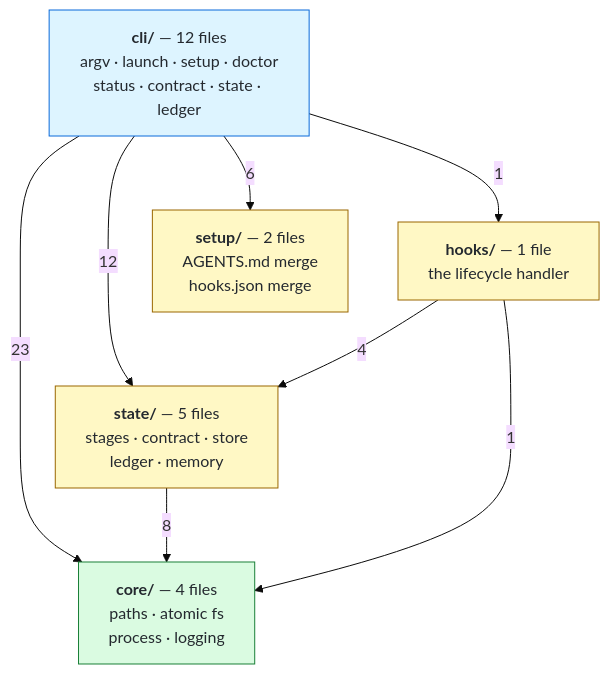
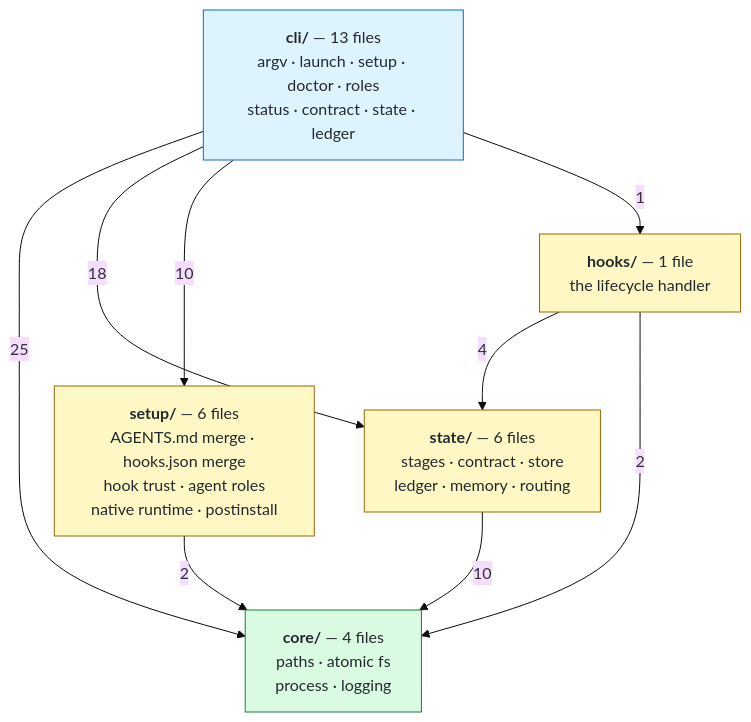
Before and after one commit to hypnguyen1209/codex-goat: the sixth of 8 diagrams in README.md, drawn with Mermaid (base theme). The commit also changed other lines of this file, not shown here.

````diff
--- a/README.md
+++ b/README.md
@@ -402,23 +403,24 @@
 ```mermaid
 flowchart TB
-    cli["<b>cli/</b> — 12 files<br/>argv · launch · setup · doctor<br/>status · contract · state · ledger"]
+    cli["<b>cli/</b> — 13 files<br/>argv · launch · setup · doctor · roles<br/>status · contract · state · ledger"]
     hooks["<b>hooks/</b> — 1 file<br/>the lifecycle handler"]
-    setup["<b>setup/</b> — 2 files<br/>AGENTS.md merge<br/>hooks.json merge"]
-    state["<b>state/</b> — 5 files<br/>stages · contract · store<br/>ledger · memory"]
+    setup["<b>setup/</b> — 6 files<br/>AGENTS.md merge · hooks.json merge<br/>hook trust · agent roles<br/>native runtime · postinstall"]
+    state["<b>state/</b> — 6 files<br/>stages · contract · store<br/>ledger · memory · routing"]
     core["<b>core/</b> — 4 files<br/>paths · atomic fs<br/>process · logging"]
 
-    cli -->|23| core
-    cli -->|12| state
-    cli -->|6| setup
+    cli -->|25| core
+    cli -->|18| state
+    cli -->|10| setup
     cli -->|1| hooks
     hooks -->|4| state
-    hooks -->|1| core
-    state -->|8| core
+    hooks -->|2| core
+    setup -->|2| core
+    state -->|10| core
 
     classDef top fill:#ddf4ff,stroke:#0969da,color:#24292f
     classDef mid fill:#fff8c5,stroke:#9a6700,color:#24292f
     classDef bot fill:#dafbe1,stroke:#1a7f37,color:#24292f
     class cli top
     class hooks,setup,state mid
     class core bot
 ```
````
